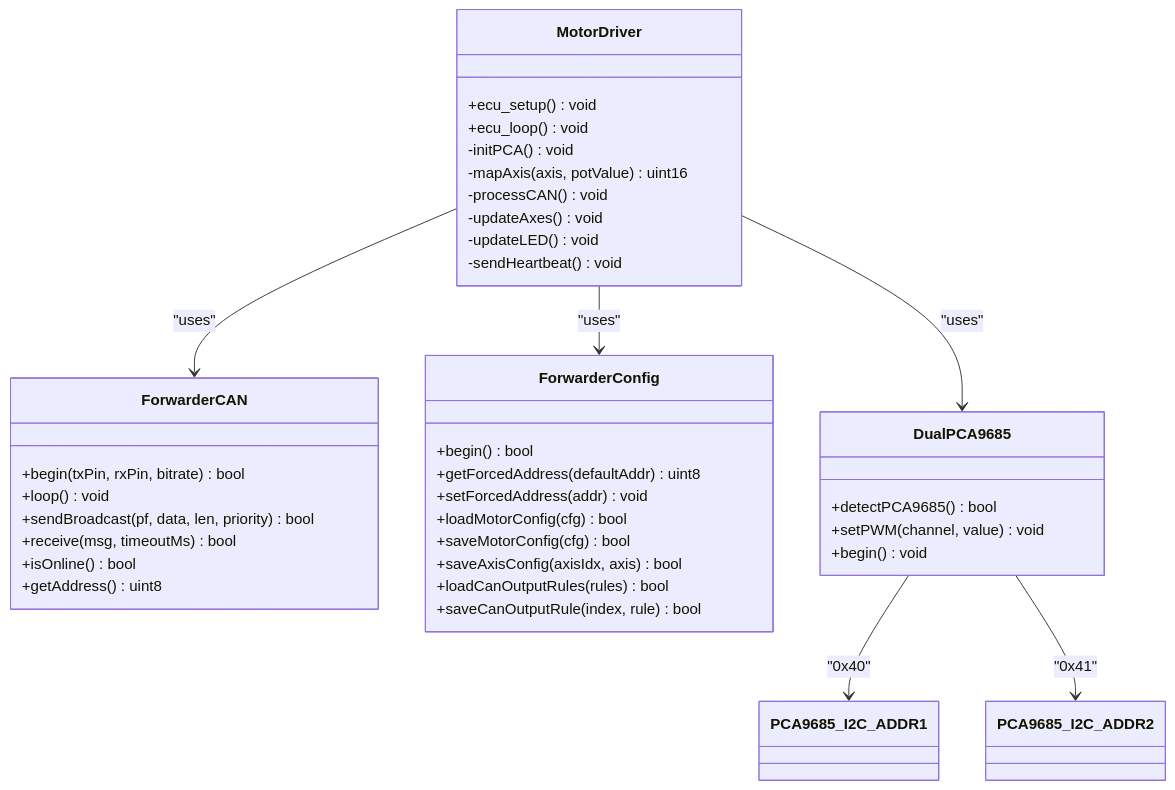
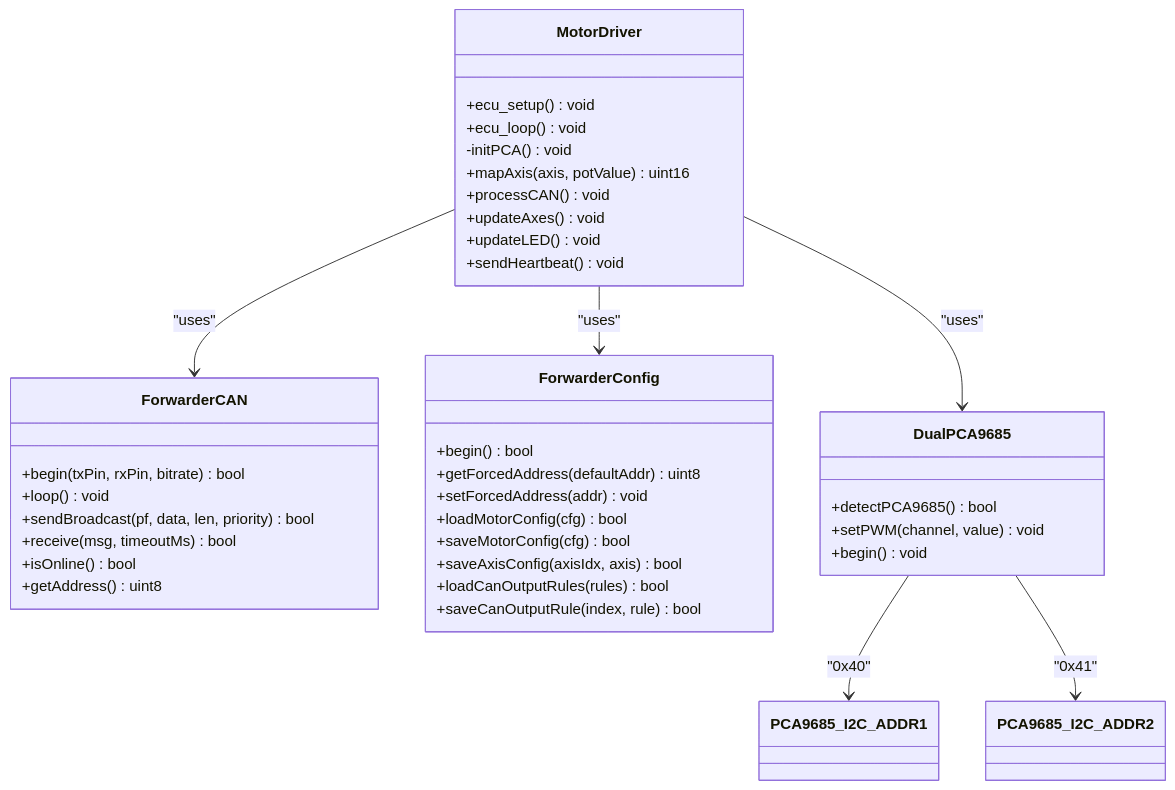
Before and after one commit to gunicsba/ESP_CAN_ECU_joystick_collection: the fourth of 8 diagrams in .qoder/repowiki/en/content/Software Architecture/Build System Configuration.md, drawn with Mermaid. The commit also changed other lines of this file and 10 other files, not shown here.

````diff
--- a/.qoder/repowiki/en/content/Software Architecture/Build System Configuration.md
+++ b/.qoder/repowiki/en/content/Software Architecture/Build System Configuration.md
@@ -278,41 +276,41 @@
 ```mermaid
 classDiagram
 class ForwarderCAN {
 +begin(txPin, rxPin, bitrate) bool
 +loop() void
 +sendBroadcast(pf, data, len, priority) bool
 +receive(msg, timeoutMs) bool
 +isOnline() bool
 +getAddress() uint8
 }
 class ForwarderConfig {
 +begin() bool
 +getForcedAddress(defaultAddr) uint8
 +setForcedAddress(addr) void
 +loadMotorConfig(cfg) bool
 +saveMotorConfig(cfg) bool
 +saveAxisConfig(axisIdx, axis) bool
 +loadCanOutputRules(rules) bool
 +saveCanOutputRule(index, rule) bool
 }
 class MotorDriver {
 +ecu_setup() void
 +ecu_loop() void
 -initPCA() void
--mapAxis(axis, potValue) uint16
--processCAN() void
--updateAxes() void
--updateLED() void
--sendHeartbeat() void
++mapAxis(axis, potValue) uint16
++processCAN() void
++updateAxes() void
++updateLED() void
++sendHeartbeat() void
 }
 class DualPCA9685 {
 +detectPCA9685() bool
 +setPWM(channel, value) void
 +begin() void
 }
 MotorDriver --> ForwarderCAN : "uses"
 MotorDriver --> ForwarderConfig : "uses"
 MotorDriver --> DualPCA9685 : "uses"
 DualPCA9685 --> PCA9685_I2C_ADDR1 : "0x40"
 DualPCA9685 --> PCA9685_I2C_ADDR2 : "0x41"
 ```
````
